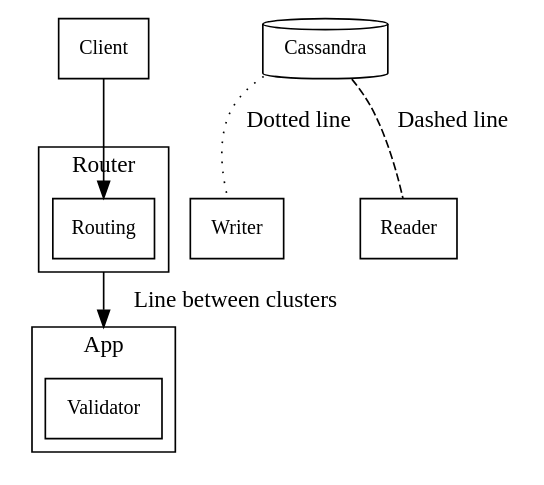
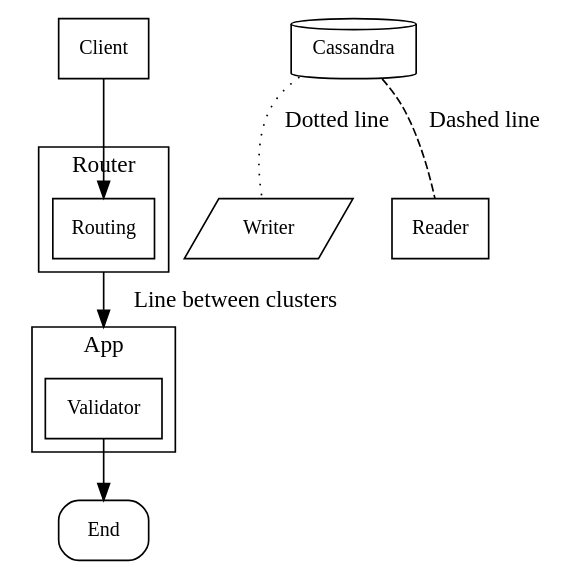
The diagram in flow.md (untillpro/diagrams), drawn with Graphviz before and after one commit.

````diff
--- a/flow.md
+++ b/flow.md
@@ -1,23 +1,26 @@
 ```dot
 digraph graphname {
     node [ fontname = "Cambria" shape = "rect" fontsize = 12]
     compound=true
 
     subgraph cluster_router {
         label = "Router"
         Routing
     }
     subgraph cluster_app {
         label = "App";
         Validator
     }
 
     Cassandra[shape=cylinder]
+    Writer[shape=parallelogram]
+    End[style=rounded]
 
     Client -> Routing
     Routing -> Validator [label="Line between clusters" ltail=cluster_router lhead=cluster_app]
+    Validator -> End
 
     Cassandra -> Writer [label="Dotted line" style=dotted dir=none]
     Cassandra -> Reader [label="Dashed line" style=dashed dir=none]    
 }
 ```
````
